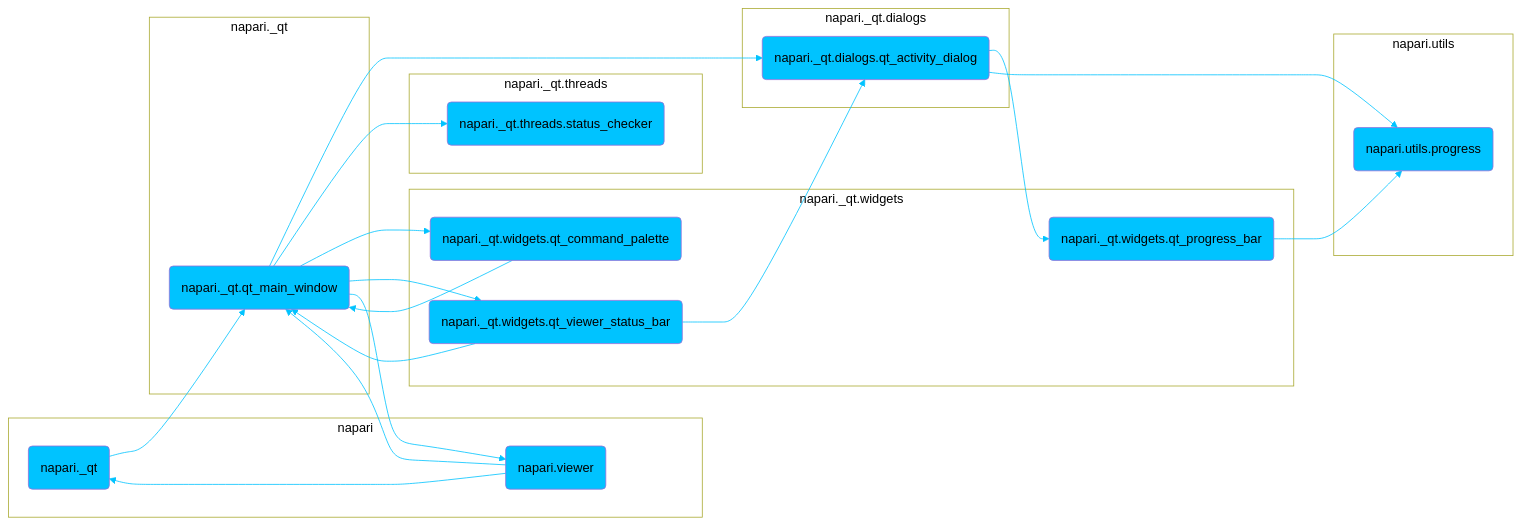
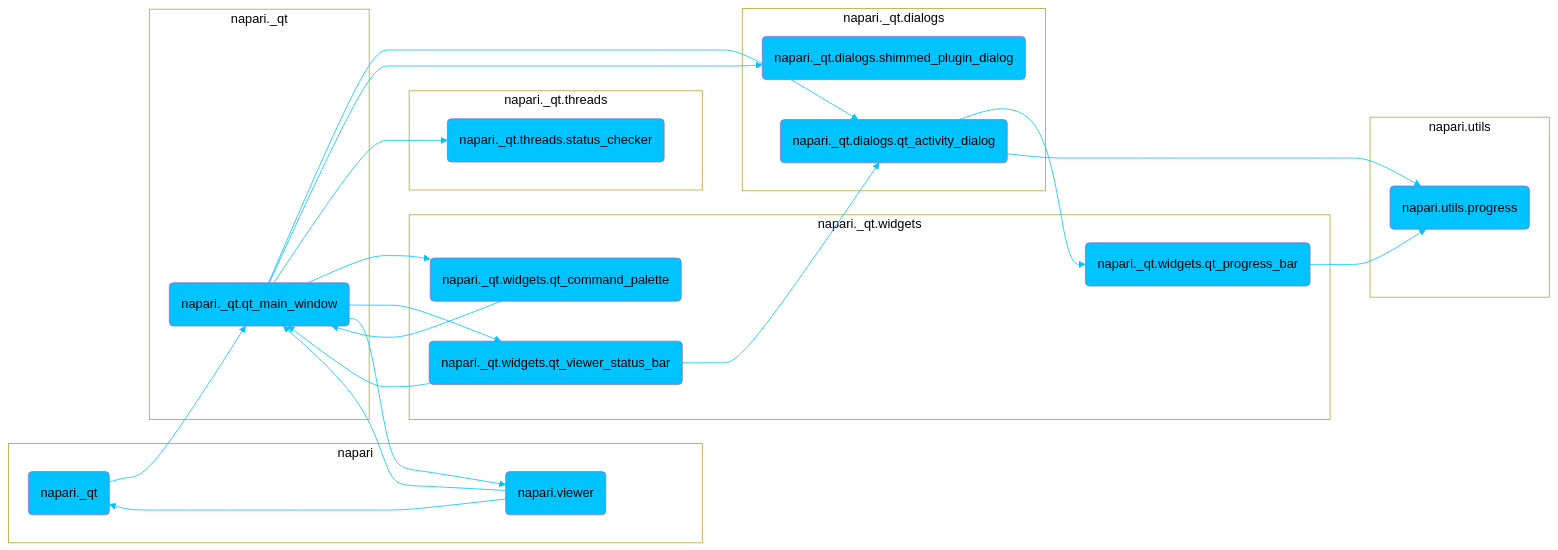
Before and after one commit to melissawm/napari.github.io: the diagram in dev/_sources/developers/architecture/ui_sections/application_status_bar_ui.md, drawn with Mermaid. The commit also changed other lines of this file and 670 other files, not shown here.

````diff
--- a/dev/_sources/developers/architecture/ui_sections/application_status_bar_ui.md
+++ b/dev/_sources/developers/architecture/ui_sections/application_status_bar_ui.md
@@ -3,67 +3,71 @@
 ```{mermaid}
 graph LR
 	accTitle: Dependencies between modules in the napari Application status bar UI section
 	accDescr: Diagram showing the dependencies between the modules involved in the definition of the napari Application status bar UI section
 	napari._qt(napari._qt)
 	napari._qt --> napari._qt.qt_main_window
 	click napari._qt "https://github.com/napari/napari/tree/main/napari/_qt/__init__.py" _blank
 	napari._qt.dialogs.qt_activity_dialog(napari._qt.dialogs.qt_activity_dialog)
 	napari._qt.dialogs.qt_activity_dialog --> napari._qt.widgets.qt_progress_bar
 	napari._qt.dialogs.qt_activity_dialog --> napari.utils.progress
 	click napari._qt.dialogs.qt_activity_dialog "https://github.com/napari/napari/tree/main/napari/_qt/dialogs/qt_activity_dialog.py" _blank
+	napari._qt.dialogs.shimmed_plugin_dialog(napari._qt.dialogs.shimmed_plugin_dialog)
+	click napari._qt.dialogs.shimmed_plugin_dialog "https://github.com/napari/napari/tree/main/napari/_qt/dialogs/shimmed_plugin_dialog.py" _blank
 	napari._qt.qt_main_window(napari._qt.qt_main_window)
 	napari._qt.qt_main_window --> napari._qt.dialogs.qt_activity_dialog
+	napari._qt.qt_main_window --> napari._qt.dialogs.shimmed_plugin_dialog
 	napari._qt.qt_main_window --> napari._qt.threads.status_checker
 	napari._qt.qt_main_window --> napari._qt.widgets.qt_command_palette
 	napari._qt.qt_main_window --> napari._qt.widgets.qt_viewer_status_bar
 	napari._qt.qt_main_window --> napari.viewer
 	click napari._qt.qt_main_window "https://github.com/napari/napari/tree/main/napari/_qt/qt_main_window.py" _blank
 	napari._qt.threads.status_checker(napari._qt.threads.status_checker)
 	click napari._qt.threads.status_checker "https://github.com/napari/napari/tree/main/napari/_qt/threads/status_checker.py" _blank
 	napari._qt.widgets.qt_command_palette(napari._qt.widgets.qt_command_palette)
 	napari._qt.widgets.qt_command_palette --> napari._qt.qt_main_window
 	click napari._qt.widgets.qt_command_palette "https://github.com/napari/napari/tree/main/napari/_qt/widgets/qt_command_palette.py" _blank
 	napari._qt.widgets.qt_progress_bar(napari._qt.widgets.qt_progress_bar)
 	napari._qt.widgets.qt_progress_bar --> napari.utils.progress
 	click napari._qt.widgets.qt_progress_bar "https://github.com/napari/napari/tree/main/napari/_qt/widgets/qt_progress_bar.py" _blank
 	napari._qt.widgets.qt_viewer_status_bar(napari._qt.widgets.qt_viewer_status_bar)
 	napari._qt.widgets.qt_viewer_status_bar --> napari._qt.dialogs.qt_activity_dialog
 	napari._qt.widgets.qt_viewer_status_bar --> napari._qt.qt_main_window
 	click napari._qt.widgets.qt_viewer_status_bar "https://github.com/napari/napari/tree/main/napari/_qt/widgets/qt_viewer_status_bar.py" _blank
 	napari.utils.progress(napari.utils.progress)
 	click napari.utils.progress "https://github.com/napari/napari/tree/main/napari/utils/progress.py" _blank
 	napari.viewer(napari.viewer)
 	napari.viewer --> napari._qt
 	napari.viewer --> napari._qt.qt_main_window
 	click napari.viewer "https://github.com/napari/napari/tree/main/napari/viewer.py" _blank
 	subgraph module.napari[napari]
 		 napari._qt
 		 napari.viewer
 	end
 	class module.napari subgraphs
 	subgraph module.napari._qt.dialogs[napari._qt.dialogs]
 		 napari._qt.dialogs.qt_activity_dialog
+		 napari._qt.dialogs.shimmed_plugin_dialog
 	end
 	class module.napari._qt.dialogs subgraphs
 	subgraph module.napari._qt[napari._qt]
 		 napari._qt.qt_main_window
 	end
 	class module.napari._qt subgraphs
 	subgraph module.napari._qt.threads[napari._qt.threads]
 		 napari._qt.threads.status_checker
 	end
 	class module.napari._qt.threads subgraphs
 	subgraph module.napari._qt.widgets[napari._qt.widgets]
 		 napari._qt.widgets.qt_command_palette
 		 napari._qt.widgets.qt_progress_bar
 		 napari._qt.widgets.qt_viewer_status_bar
 	end
 	class module.napari._qt.widgets subgraphs
 	subgraph module.napari.utils[napari.utils]
 		 napari.utils.progress
 	end
 	class module.napari.utils subgraphs
 	classDef subgraphs fill:white,strock:black,color:black;	classDef default fill:#00c3ff,color:black;
 	linkStyle default stroke:#00c3ff
 	classDef external fill:#ffa600,color:black;
 ```
````
